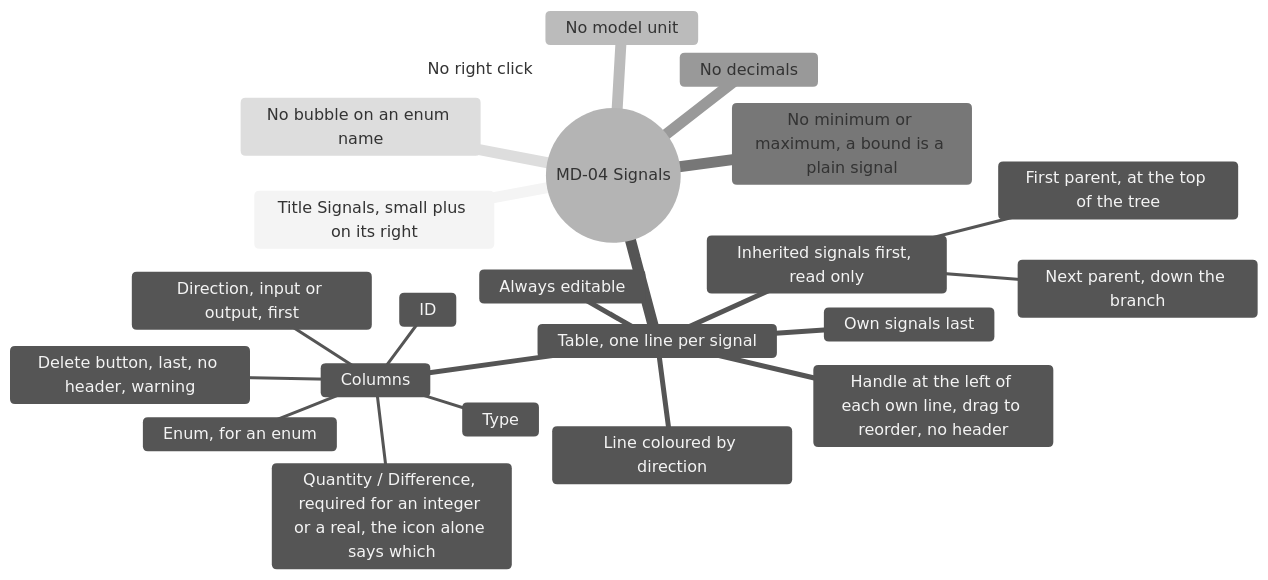
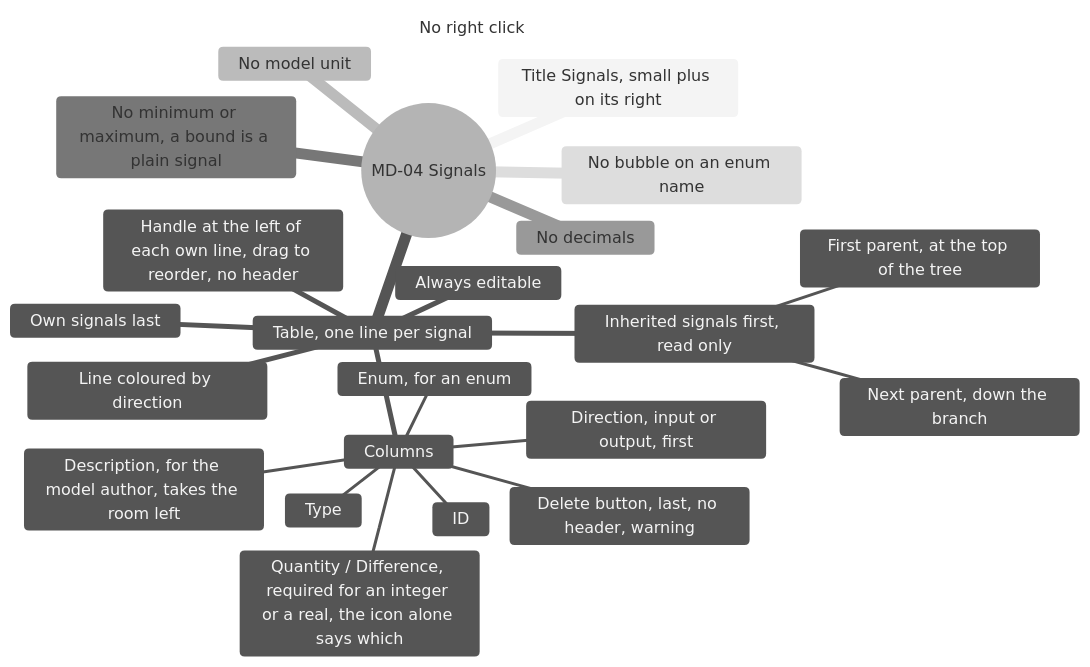
The seventh of 17 diagrams in screens/metadata.md (AlexandreGallais/synoptic-studio-spec), drawn with Mermaid (neutral theme) before and after one commit. The commit also changed other lines of this file and 2 other files, not shown here.

First line of the commit message:
docs(metadata): give signals and commands a description

````diff
--- a/screens/metadata.md
+++ b/screens/metadata.md
@@ -199,25 +199,26 @@
 ```mermaid
 mindmap
   root((MD-04 Signals))
     Title Signals, small plus on its right
     Table, one line per signal
       Inherited signals first, read only
         First parent, at the top of the tree
         Next parent, down the branch
       Own signals last
       Always editable
       Line coloured by direction
       Handle at the left of each own line, drag to reorder, no header
       Columns
         Direction, input or output, first
         ID
         Type
         Enum, for an enum
         Quantity / Difference, required for an integer or a real, the icon alone says which
+        Description, for the model author, takes the room left
         Delete button, last, no header, warning
     No model unit
     No minimum or maximum, a bound is a plain signal
     No decimals
     No bubble on an enum name
     No right click
 ```
````
